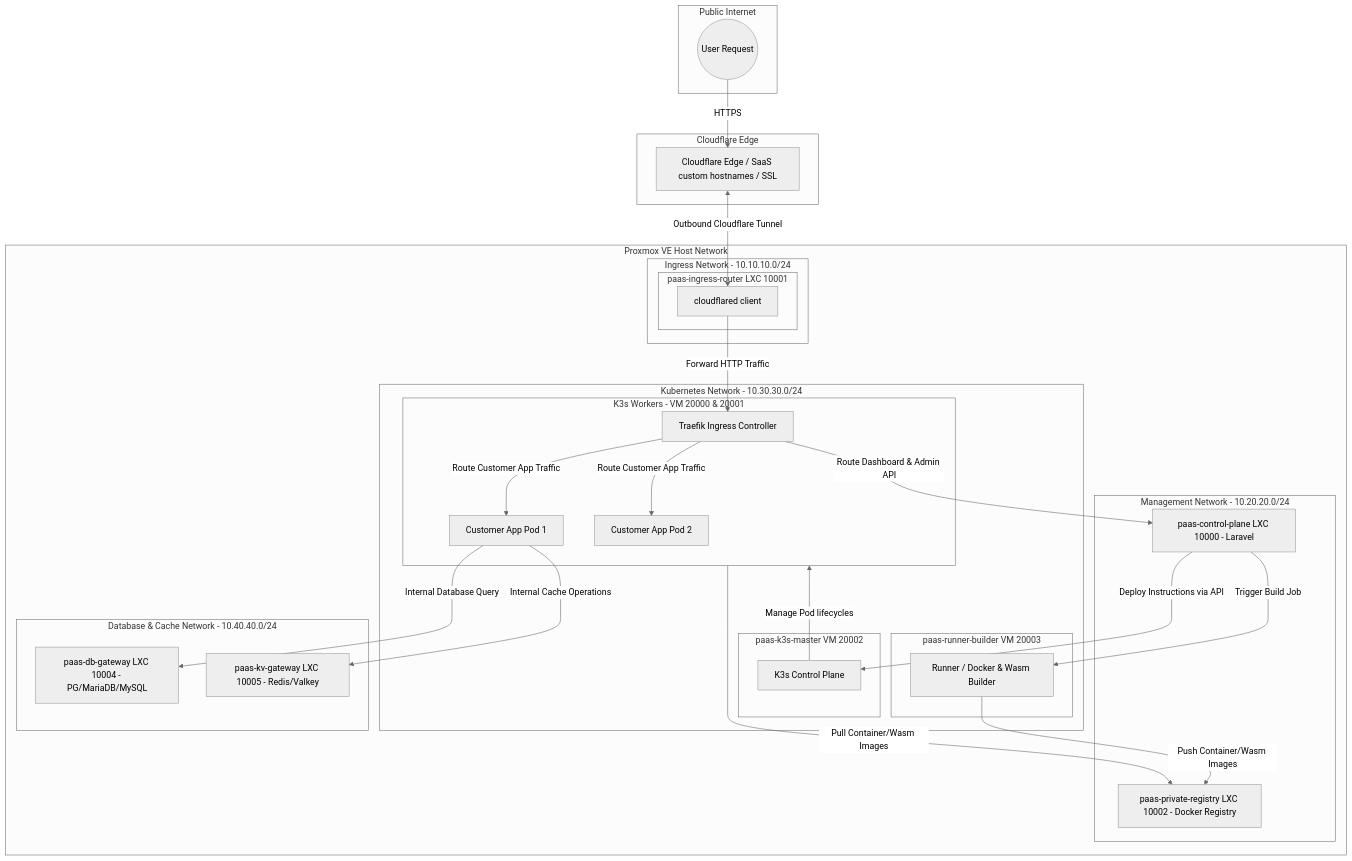
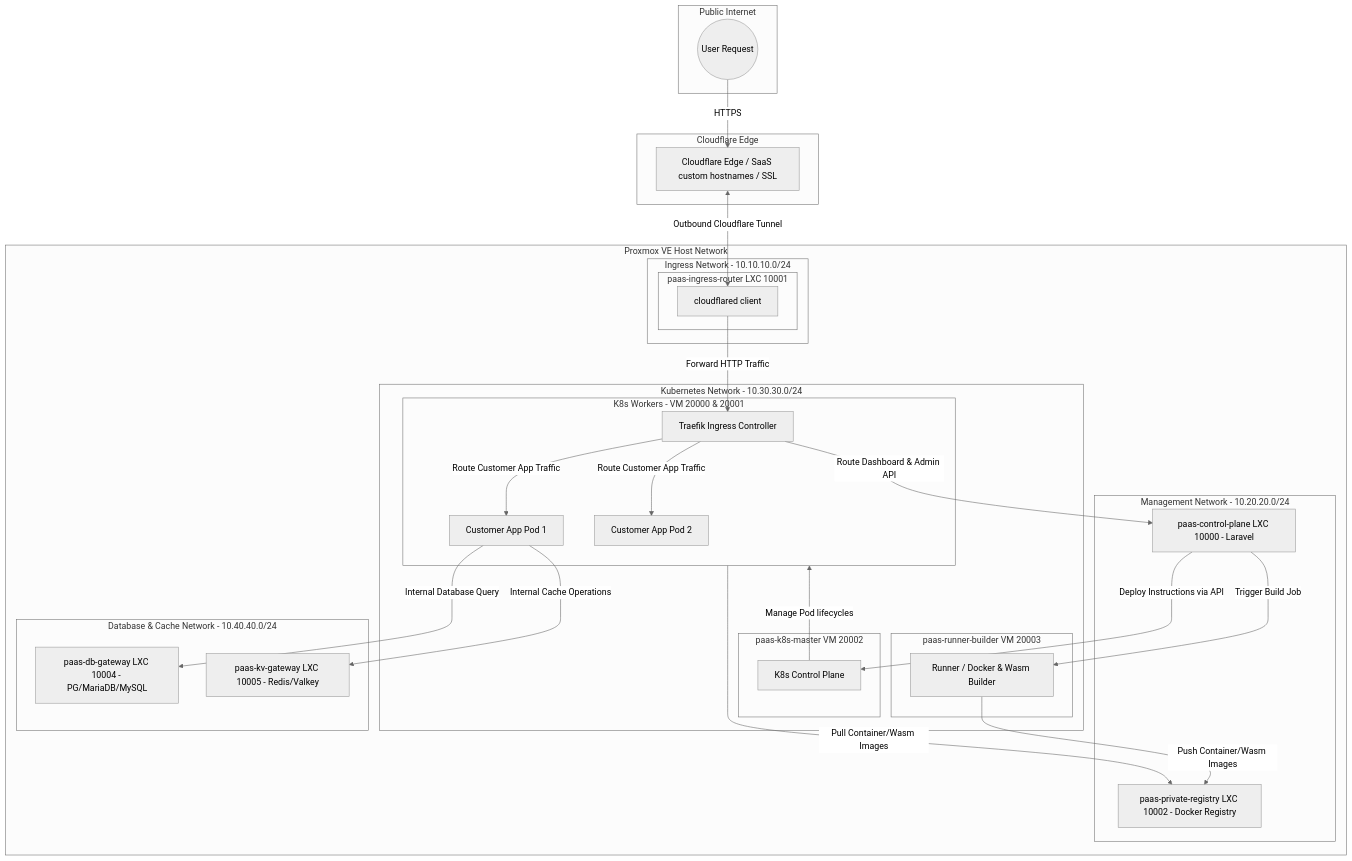
One commit to dyzulk/dyzulk-cloud changed the first of 2 diagrams in network_k8s_architecture.md. Above: the diagram before and after it, drawn with Mermaid (neutral theme). The commit also changed other lines of this file and 2 other files, not shown here.

Commit message:
docs: implement standard vanilla K8s kubeadm guide and architecture updates

````diff
--- a/network_k8s_architecture.md
+++ b/network_k8s_architecture.md
@@ -64,63 +64,63 @@
 ```mermaid
 graph TD
     subgraph Public_Internet [Public Internet]
         User((User Request))
     end
 
     subgraph Cloudflare_Network [Cloudflare Edge]
         CF_Edge[Cloudflare Edge / SaaS custom hostnames / SSL]
     end
 
     subgraph Proxmox_Cluster [Proxmox VE Host Network]
         
         subgraph Ingress_Subnet [Ingress Network - 10.10.10.0/24]
             subgraph Ingress_LXC [paas-ingress-router LXC 10001]
                 CFTunnel[cloudflared client]
             end
         end
 
-        subgraph K3s_Subnet [Kubernetes Network - 10.30.30.0/24]
-            subgraph Master_VM [paas-k3s-master VM 20002]
-                K3s_API[K3s Control Plane]
+        subgraph K8s_Subnet [Kubernetes Network - 10.30.30.0/24]
+            subgraph Master_VM [paas-k8s-master VM 20002]
+                K8s_API[K8s Control Plane]
             end
             subgraph Builder_VM [paas-runner-builder VM 20003]
                 Builder[Runner / Docker & Wasm Builder]
             end
-            subgraph Worker_VMs [K3s Workers - VM 20000 & 20001]
+            subgraph Worker_VMs [K8s Workers - VM 20000 & 20001]
                 Traefik[Traefik Ingress Controller]
                 Customer_Pod_1[Customer App Pod 1]
                 Customer_Pod_2[Customer App Pod 2]
             end
         end
 
         subgraph Management_Subnet [Management Network - 10.20.20.0/24]
             ControlPlane[paas-control-plane LXC 10000 - Laravel]
             Registry[paas-private-registry LXC 10002 - Docker Registry]
         end
 
         subgraph Storage_Subnet [Database & Cache Network - 10.40.40.0/24]
             DB_Node[paas-db-gateway LXC 10004 - PG/MariaDB/MySQL]
             KV_Node[paas-kv-gateway LXC 10005 - Redis/Valkey]
         end
 
     end
 
     %% Traffic Routing Paths
     User -->|HTTPS| CF_Edge
     CF_Edge <-->|Outbound Cloudflare Tunnel| CFTunnel
     CFTunnel -->|Forward HTTP Traffic| Traefik
     
-    %% Dynamic Routing inside K3s
+    %% Dynamic Routing inside K8s
     Traefik -->|Route Customer App Traffic| Customer_Pod_1
     Traefik -->|Route Customer App Traffic| Customer_Pod_2
     Traefik -->|Route Dashboard & Admin API| ControlPlane
 
     %% Control Plane Operations
-    ControlPlane -->|Deploy Instructions via API| K3s_API
+    ControlPlane -->|Deploy Instructions via API| K8s_API
     ControlPlane -->|Trigger Build Job| Builder
     Builder -->|Push Container/Wasm Images| Registry
-    K3s_API -->|Manage Pod lifecycles| Worker_VMs
+    K8s_API -->|Manage Pod lifecycles| Worker_VMs
     Worker_VMs -->|Pull Container/Wasm Images| Registry
     Customer_Pod_1 -->|Internal Database Query| DB_Node
     Customer_Pod_1 -->|Internal Cache Operations| KV_Node
 ```
````
